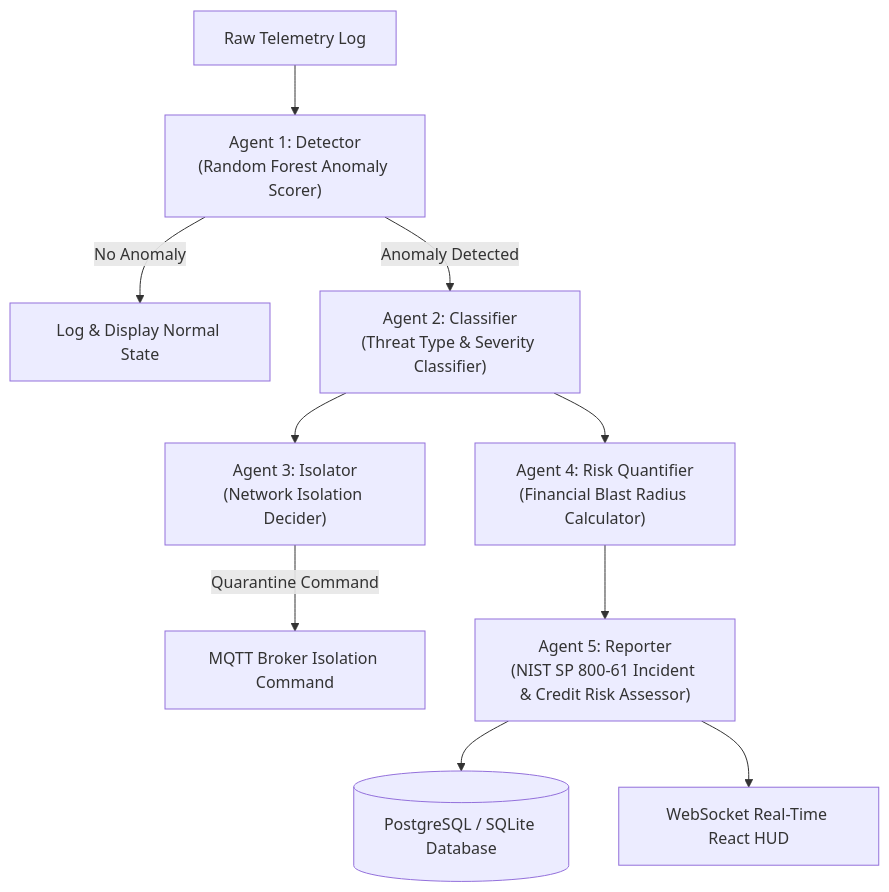
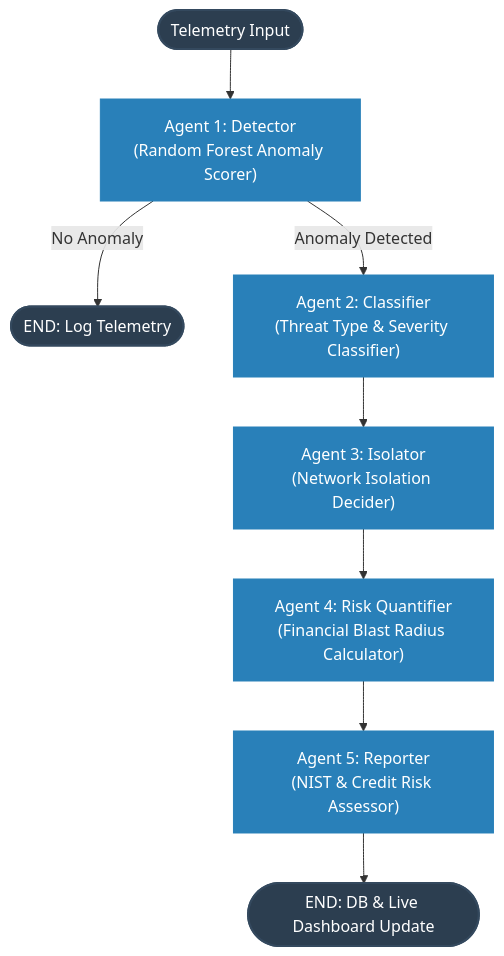
The diagram in README.md (anshulec23-cloud/aegis-bank), drawn with Mermaid before and after one commit. The commit also changed other lines of this file and 5 other files, not shown here.

Commit message:
fix: correct repo name typos, update Mermaid state flow, add offline evaluation and sample PDF report

````diff
--- a/README.md
+++ b/README.md
@@ -47,12 +47,19 @@
 ```mermaid
 flowchart TD
-    RawTelemetry[Raw Telemetry Log] --> DetectorNode["Agent 1: Detector<br>(Random Forest Anomaly Scorer)"]
-    DetectorNode -->|No Anomaly| NormalPath[Log & Display Normal State]
+    Start([Telemetry Input]) --> DetectorNode["Agent 1: Detector<br>(Random Forest Anomaly Scorer)"]
+    
+    DetectorNode -->|No Anomaly| EndNormal([END: Log Telemetry])
     DetectorNode -->|Anomaly Detected| ClassifierNode["Agent 2: Classifier<br>(Threat Type & Severity Classifier)"]
+    
     ClassifierNode --> IsolatorNode["Agent 3: Isolator<br>(Network Isolation Decider)"]
-    IsolatorNode -->|Quarantine Command| MQTT[MQTT Broker Isolation Command]
-    ClassifierNode --> RiskQuantifierNode["Agent 4: Risk Quantifier<br>(Financial Blast Radius Calculator)"]
-    RiskQuantifierNode --> ReporterNode["Agent 5: Reporter<br>(NIST SP 800-61 Incident & Credit Risk Assessor)"]
-    ReporterNode --> DB[(PostgreSQL / SQLite Database)]
-    ReporterNode --> LiveDashboard[WebSocket Real-Time React HUD]
+    IsolatorNode --> RiskQuantifierNode["Agent 4: Risk Quantifier<br>(Financial Blast Radius Calculator)"]
+    RiskQuantifierNode --> ReporterNode["Agent 5: Reporter<br>(NIST & Credit Risk Assessor)"]
+    
+    ReporterNode --> EndIncident([END: DB & Live Dashboard Update])
+    
+    %% Styles
+    classDef startEnd fill:#2c3e50,stroke:#34495e,stroke-width:2px,color:#fff;
+    classDef agent fill:#2980b9,stroke:#2980b9,stroke-width:1px,color:#fff;
+    class Start,EndNormal,EndIncident startEnd;
+    class DetectorNode,ClassifierNode,IsolatorNode,RiskQuantifierNode,ReporterNode agent;
 ```
````
